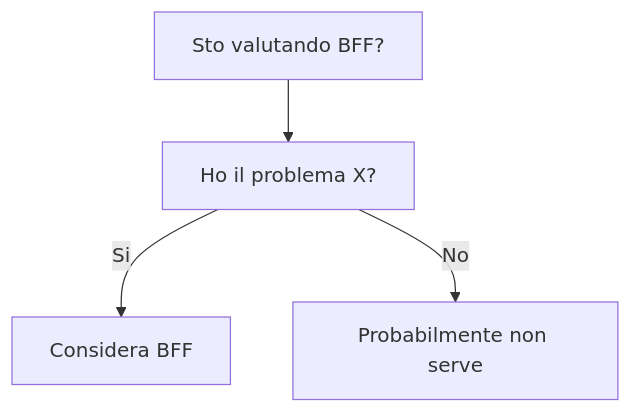
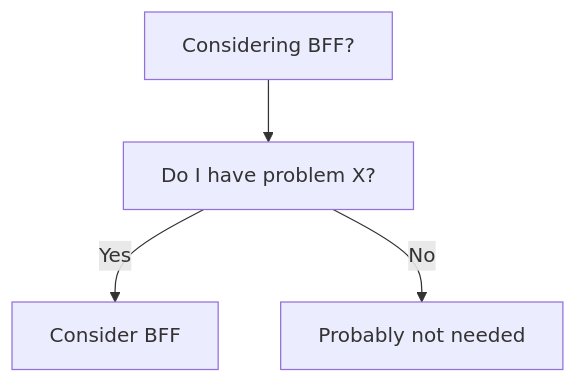
The diagram in dev-wiki/02_Architecture/BFF/When_To_Use.md (HxT9/Software-Dev-Wiki), drawn with Mermaid before and after one commit. The commit also changed other lines of this file and 3444 other files, not shown here.

````diff
--- a/dev-wiki/02_Architecture/BFF/When_To_Use.md
+++ b/dev-wiki/02_Architecture/BFF/When_To_Use.md
@@ -19,6 +19,6 @@
 ```mermaid
 flowchart TD
-  Q[Sto valutando BFF?] --> Q1[Ho il problema X?]
-  Q1 -->|Si| OK[Considera BFF]
-  Q1 -->|No| NO[Probabilmente non serve]
+  Q[Considering BFF?] --> Q1[Do I have problem X?]
+  Q1 -->|Yes| OK[Consider BFF]
+  Q1 -->|No| NO[Probably not needed]
 ```
````
